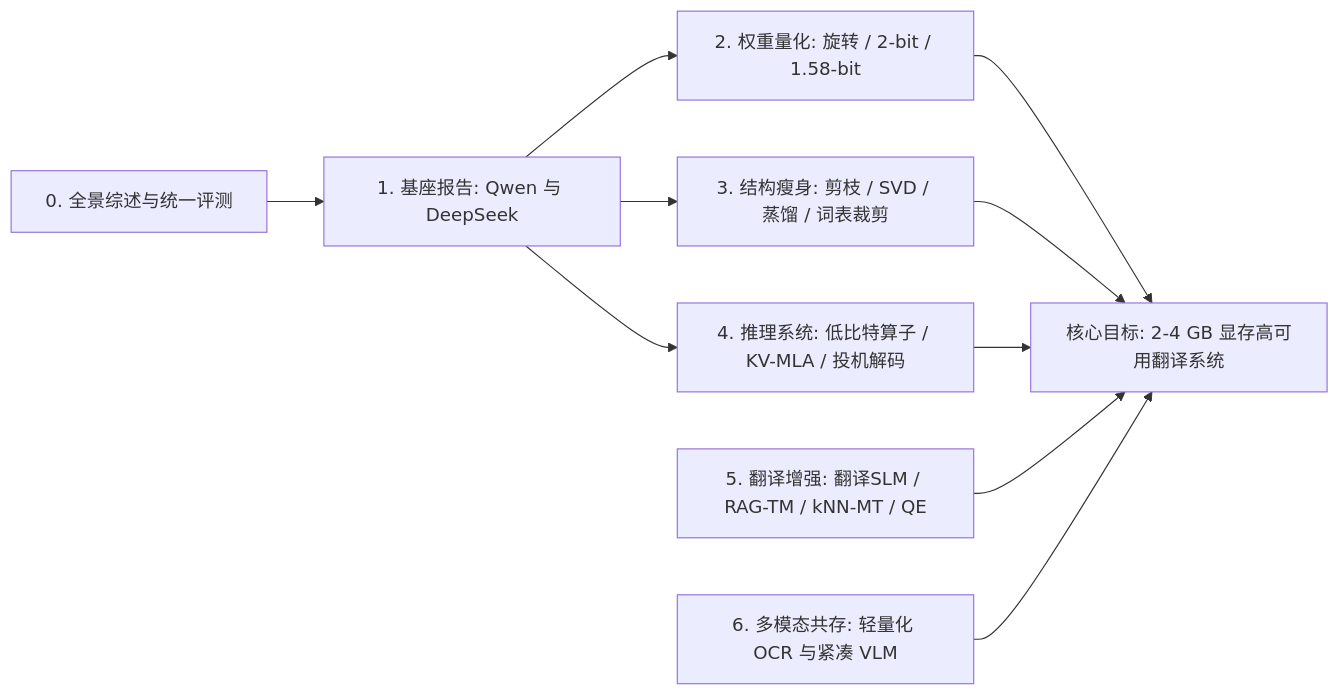
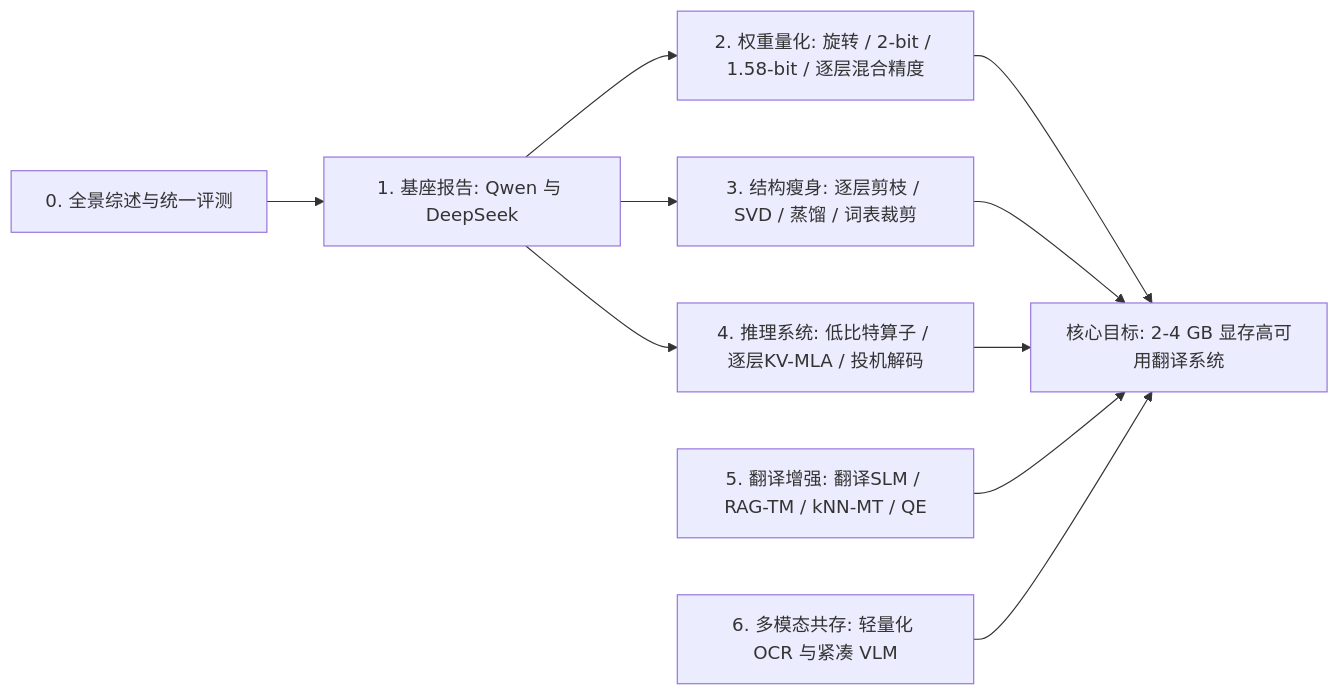
Before and after one commit to cheese1QAQ/edge-mt-lab: the diagram in docs/reading-list.md, drawn with Mermaid. The commit also changed other lines of this file and 5 other files, not shown here.

````diff
--- a/docs/reading-list.md
+++ b/docs/reading-list.md
@@ -11,12 +11,12 @@
 ```mermaid
 flowchart LR
     M0["0. 全景综述与统一评测"] --> M1["1. 基座报告: Qwen 与 DeepSeek"]
-    M1 --> M2["2. 权重量化: 旋转 / 2-bit / 1.58-bit"]
-    M1 --> M3["3. 结构瘦身: 剪枝 / SVD / 蒸馏 / 词表裁剪"]
-    M1 --> M4["4. 推理系统: 低比特算子 / KV-MLA / 投机解码"]
+    M1 --> M2["2. 权重量化: 旋转 / 2-bit / 1.58-bit / 逐层混合精度"]
+    M1 --> M3["3. 结构瘦身: 逐层剪枝 / SVD / 蒸馏 / 词表裁剪"]
+    M1 --> M4["4. 推理系统: 低比特算子 / 逐层KV-MLA / 投机解码"]
     M2 --> TARGET["核心目标: 2-4 GB 显存高可用翻译系统"]
     M3 --> TARGET
     M4 --> TARGET
     M5["5. 翻译增强: 翻译SLM / RAG-TM / kNN-MT / QE"] --> TARGET
     M6["6. 多模态共存: 轻量化 OCR 与紧凑 VLM"] --> TARGET
 ```
````
